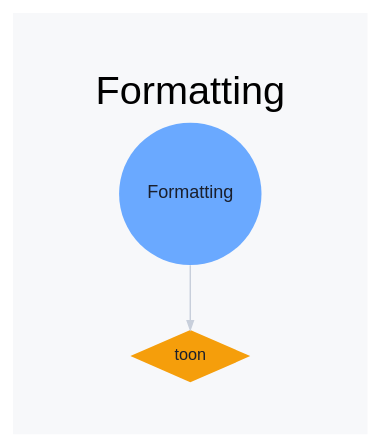
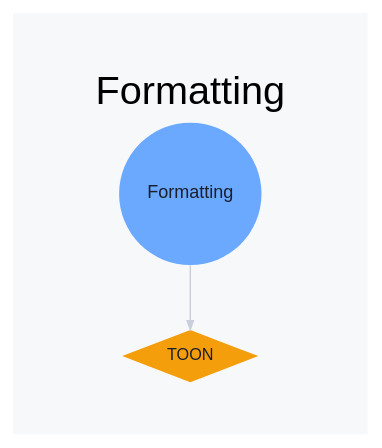
The diagram in snapshots/2026-04-09/segments/formatting.dot (danielrosehill/Agentic-AI-Ecosystem), drawn with Graphviz before and after one commit. The commit also changed 272 other files, not shown here.

```diff
--- a/snapshots/2026-04-09/segments/formatting.dot
+++ b/snapshots/2026-04-09/segments/formatting.dot
@@ -1,8 +1,8 @@
 digraph G {
   graph [layout=dot, overlap=false, splines=true, bgcolor="#f7f8fa", fontname="Helvetica", labelloc="t", label="Formatting", fontsize=22, pad=0.4];
   node [fontname="Helvetica", style="filled", penwidth=0, fontcolor="#1a1f2c"];
   edge [color="#c8cfdb", arrowsize=0.5, penwidth=0.8];
   "cat:formatting" [label="Formatting", shape=circle, fillcolor="#6aa9ff", width=0.57, height=0.57, fontsize=10, tooltip="Token-efficient serialisation and data-formatting schemes for passing structured data to and from LLMs."];
-  "proj:toon" [label="toon", shape=diamond, fillcolor="#f59e0b", width=0.40, height=0.40, fontsize=9, tooltip="https://github.com/toon-format/toon", URL="https://github.com/toon-format/toon"];
+  "proj:toon" [label="TOON", shape=diamond, fillcolor="#f59e0b", width=0.40, height=0.40, fontsize=9, tooltip="https://github.com/toon-format/toon", URL="https://github.com/toon-format/toon"];
   "cat:formatting" -> "proj:toon";
 }
```
